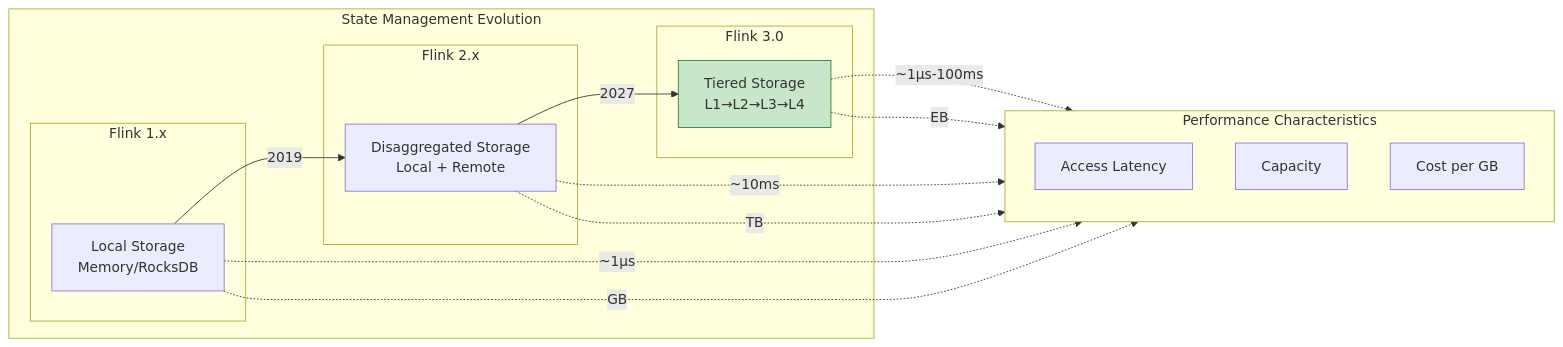
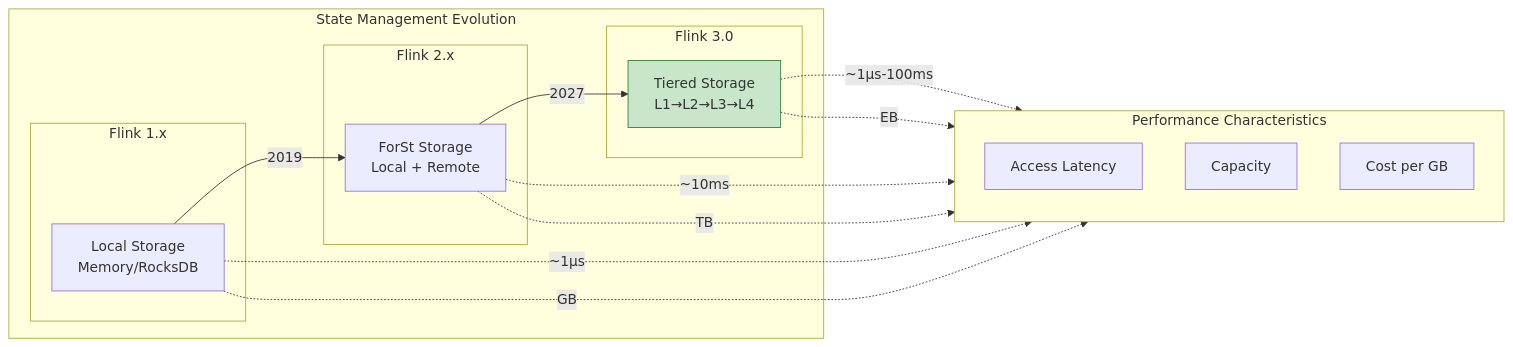
Before and after one commit to AdaMartin18010/AnalysisDataFlow: the fifth of 8 diagrams in Flink/08-roadmap/08.01-flink-24/flink-30-architecture-redesign.md, drawn with Mermaid. The commit also changed other lines of this file and 28 other files, not shown here.

````diff
--- a/Flink/08-roadmap/08.01-flink-24/flink-30-architecture-redesign.md
+++ b/Flink/08-roadmap/08.01-flink-24/flink-30-architecture-redesign.md
@@ -1316,37 +1285,37 @@
 ```mermaid
 graph LR
     subgraph "State Management Evolution"
 
         subgraph "Flink 1.x"
             Local["Local Storage<br/>Memory/RocksDB"]
         end
 
         subgraph "Flink 2.x"
-            Disagg["Disaggregated Storage<br/>Local + Remote"]
+            ForSt["ForSt Storage<br/>Local + Remote"]
         end
 
         subgraph "Flink 3.0"
             Tiered["Tiered Storage<br/>L1→L2→L3→L4"]
         end
 
-        Local -->|2019| Disagg
-        Disagg -->|2027| Tiered
+        Local -->|2019| ForSt
+        ForSt -->|2027| Tiered
     end
 
     subgraph "Performance Characteristics"
         direction TB
         Latency["Access Latency"]
         Capacity["Capacity"]
         Cost["Cost per GB"]
     end
 
     Local -.->|~1μs| Latency
-    Disagg -.->|~10ms| Latency
+    ForSt -.->|~10ms| Latency
     Tiered -.->|~1μs-100ms| Latency
 
     Local -.->|GB| Capacity
-    Disagg -.->|TB| Capacity
+    ForSt -.->|TB| Capacity
     Tiered -.->|EB| Capacity
 
     style Tiered fill:#c8e6c9,stroke:#2e7d32
 ```
````
